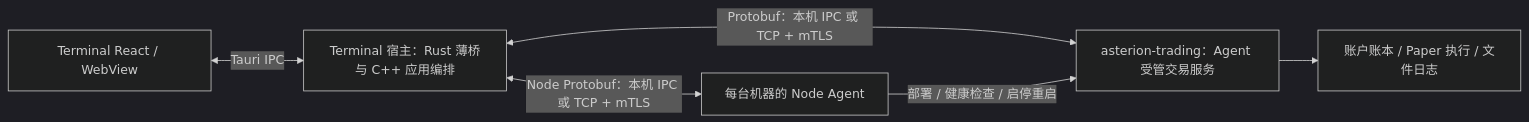
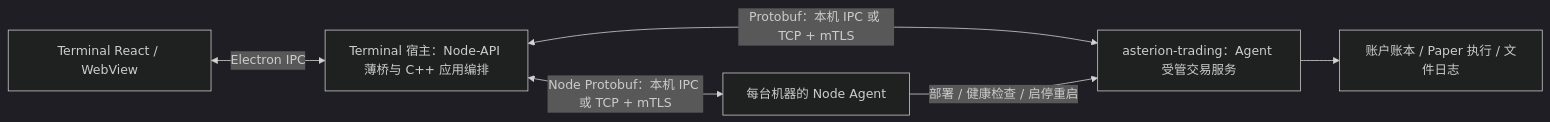
One commit to isqiwen/asterion-terminal changed the diagram in docs/process-architecture.md. Above: the diagram before and after it, drawn with Mermaid (dark theme). The commit also changed other lines of this file and 480 other files, not shown here.

````diff
--- a/docs/process-architecture.md
+++ b/docs/process-architecture.md
@@ -7,8 +7,8 @@
 ```mermaid
 flowchart LR
-    WebView[Terminal React / WebView] <-->|Tauri IPC| Desktop[Terminal 宿主：Rust 薄桥与 C++ 应用编排]
+    WebView[Terminal React / WebView] <-->|Electron IPC| Desktop[Terminal 宿主：Node-API 薄桥与 C++ 应用编排]
     Desktop <-->|Protobuf：本机 IPC 或 TCP + mTLS| Trading[asterion-trading：Agent 受管交易服务]
     Desktop <-->|Node Protobuf：本机 IPC 或 TCP + mTLS| Agent[每台机器的 Node Agent]
     Agent -->|部署 / 健康检查 / 启停重启| Trading
     Trading --> Ledger[账户账本 / Paper 执行 / 文件日志]
 ```
````
